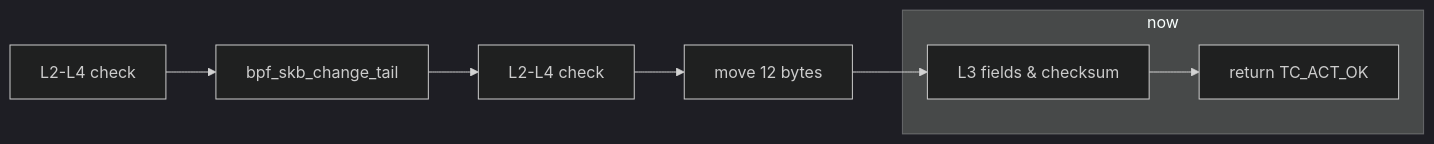
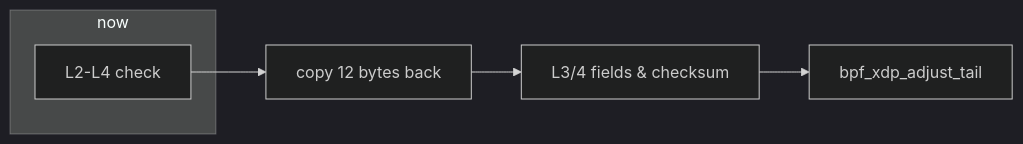
One commit to myl7/xdptun changed the sixth of 11 diagrams in docs/thesis/pre/slides.md. Above: the diagram before and after it, drawn with Mermaid (dark theme). The commit also changed other lines of this file and 1 other file, not shown here.

Commit message:
Update process and enhance check in ingress

````diff
--- a/docs/thesis/pre/slides.md
+++ b/docs/thesis/pre/slides.md
@@ -284,8 +291,7 @@
 ```mermaid
 flowchart LR
-  S1[L2-L4 check] --> S2[bpf_skb_change_tail] --> S3[L2-L4 check] --> S4[move 12 bytes] --> S5[L3 fields & checksum] --> S6[return TC_ACT_OK]
+  S1[L2-L4 check] --> S2[copy 12 bytes back] --> S3[L3/4 fields & checksum] --> S4[bpf_xdp_adjust_tail]
   subgraph now
-    S5
-    S6
+    S1
   end
 ```
````
